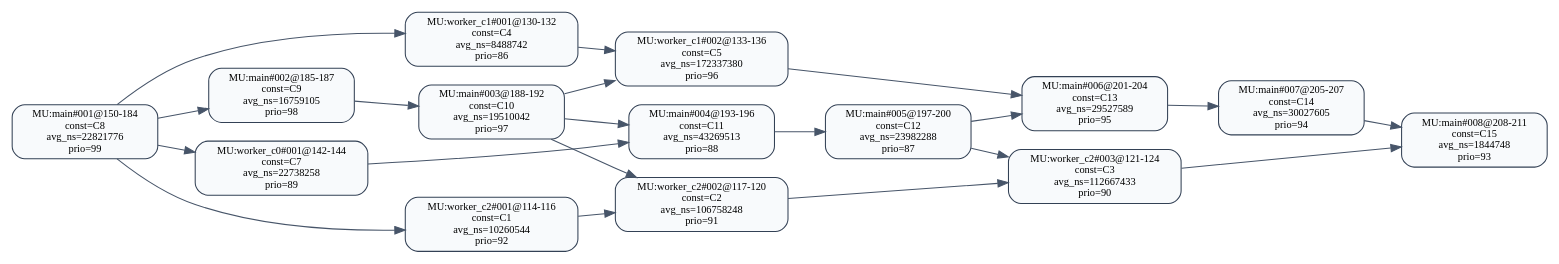
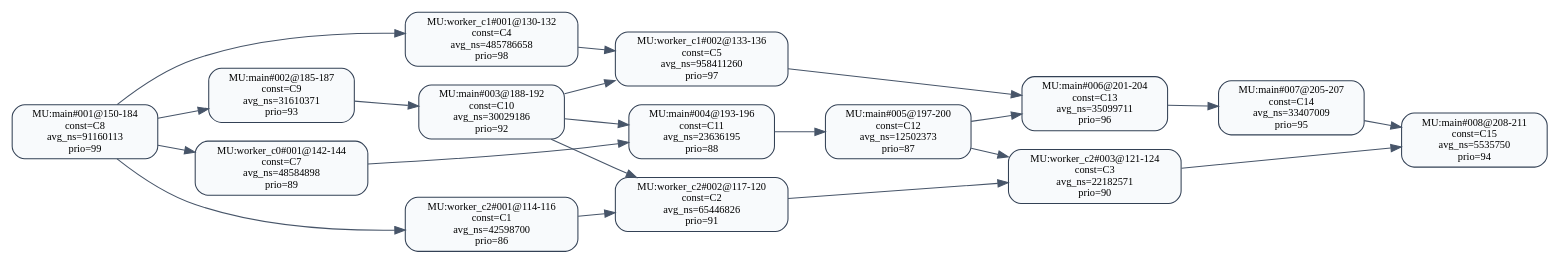
Before and after one commit to RTS-SYSU/DAG-Gen: the diagram in 中间结果/zhang2/pipeline/validation/level2/effective_line_merge/cpf/dag_seg_annotated.dot, drawn with Graphviz. The commit also changed 3421 other files, not shown here.

```diff
--- a/中间结果/zhang2/pipeline/validation/level2/effective_line_merge/cpf/dag_seg_annotated.dot
+++ b/中间结果/zhang2/pipeline/validation/level2/effective_line_merge/cpf/dag_seg_annotated.dot
@@ -1,38 +1,38 @@
 digraph dag_seg_annotated {
   rankdir=LR;
   node [shape=box, style="rounded,filled", fillcolor="#F8FAFC", color="#334155", fontsize=10];
   edge [color="#475569"];
-  "MU:main#001@150-184" [label="MU:main#001@150-184\nconst=C8\navg_ns=22821776\nprio=99"];
-  "MU:main#002@185-187" [label="MU:main#002@185-187\nconst=C9\navg_ns=16759105\nprio=98"];
-  "MU:main#003@188-192" [label="MU:main#003@188-192\nconst=C10\navg_ns=19510042\nprio=97"];
-  "MU:main#004@193-196" [label="MU:main#004@193-196\nconst=C11\navg_ns=43269513\nprio=88"];
-  "MU:main#005@197-200" [label="MU:main#005@197-200\nconst=C12\navg_ns=23982288\nprio=87"];
-  "MU:main#006@201-204" [label="MU:main#006@201-204\nconst=C13\navg_ns=29527589\nprio=95"];
-  "MU:main#007@205-207" [label="MU:main#007@205-207\nconst=C14\navg_ns=30027605\nprio=94"];
-  "MU:main#008@208-211" [label="MU:main#008@208-211\nconst=C15\navg_ns=1844748\nprio=93"];
-  "MU:worker_c0#001@142-144" [label="MU:worker_c0#001@142-144\nconst=C7\navg_ns=22738258\nprio=89"];
-  "MU:worker_c1#001@130-132" [label="MU:worker_c1#001@130-132\nconst=C4\navg_ns=8488742\nprio=86"];
-  "MU:worker_c1#002@133-136" [label="MU:worker_c1#002@133-136\nconst=C5\navg_ns=172337380\nprio=96"];
-  "MU:worker_c2#001@114-116" [label="MU:worker_c2#001@114-116\nconst=C1\navg_ns=10260544\nprio=92"];
-  "MU:worker_c2#002@117-120" [label="MU:worker_c2#002@117-120\nconst=C2\navg_ns=106758248\nprio=91"];
-  "MU:worker_c2#003@121-124" [label="MU:worker_c2#003@121-124\nconst=C3\navg_ns=112667433\nprio=90"];
+  "MU:main#001@150-184" [label="MU:main#001@150-184\nconst=C8\navg_ns=91160113\nprio=99"];
+  "MU:main#002@185-187" [label="MU:main#002@185-187\nconst=C9\navg_ns=31610371\nprio=93"];
+  "MU:main#003@188-192" [label="MU:main#003@188-192\nconst=C10\navg_ns=30029186\nprio=92"];
+  "MU:main#004@193-196" [label="MU:main#004@193-196\nconst=C11\navg_ns=23636195\nprio=88"];
+  "MU:main#005@197-200" [label="MU:main#005@197-200\nconst=C12\navg_ns=12502373\nprio=87"];
+  "MU:main#006@201-204" [label="MU:main#006@201-204\nconst=C13\navg_ns=35099711\nprio=96"];
+  "MU:main#007@205-207" [label="MU:main#007@205-207\nconst=C14\navg_ns=33407009\nprio=95"];
+  "MU:main#008@208-211" [label="MU:main#008@208-211\nconst=C15\navg_ns=5535750\nprio=94"];
+  "MU:worker_c0#001@142-144" [label="MU:worker_c0#001@142-144\nconst=C7\navg_ns=48584898\nprio=89"];
+  "MU:worker_c1#001@130-132" [label="MU:worker_c1#001@130-132\nconst=C4\navg_ns=485786658\nprio=98"];
+  "MU:worker_c1#002@133-136" [label="MU:worker_c1#002@133-136\nconst=C5\navg_ns=958411260\nprio=97"];
+  "MU:worker_c2#001@114-116" [label="MU:worker_c2#001@114-116\nconst=C1\navg_ns=42598700\nprio=86"];
+  "MU:worker_c2#002@117-120" [label="MU:worker_c2#002@117-120\nconst=C2\navg_ns=65446826\nprio=91"];
+  "MU:worker_c2#003@121-124" [label="MU:worker_c2#003@121-124\nconst=C3\navg_ns=22182571\nprio=90"];
   "MU:worker_c2#001@114-116" -> "MU:worker_c2#002@117-120";
   "MU:worker_c2#002@117-120" -> "MU:worker_c2#003@121-124";
   "MU:worker_c1#001@130-132" -> "MU:worker_c1#002@133-136";
   "MU:main#001@150-184" -> "MU:main#002@185-187";
   "MU:main#002@185-187" -> "MU:main#003@188-192";
   "MU:main#003@188-192" -> "MU:main#004@193-196";
   "MU:main#004@193-196" -> "MU:main#005@197-200";
   "MU:main#005@197-200" -> "MU:main#006@201-204";
   "MU:main#006@201-204" -> "MU:main#007@205-207";
   "MU:main#007@205-207" -> "MU:main#008@208-211";
   "MU:main#001@150-184" -> "MU:worker_c0#001@142-144";
   "MU:main#001@150-184" -> "MU:worker_c1#001@130-132";
   "MU:main#001@150-184" -> "MU:worker_c2#001@114-116";
   "MU:worker_c0#001@142-144" -> "MU:main#004@193-196";
   "MU:worker_c1#002@133-136" -> "MU:main#006@201-204";
   "MU:worker_c2#003@121-124" -> "MU:main#008@208-211";
   "MU:main#003@188-192" -> "MU:worker_c2#002@117-120";
   "MU:main#005@197-200" -> "MU:worker_c2#003@121-124";
   "MU:main#003@188-192" -> "MU:worker_c1#002@133-136";
 }
```
